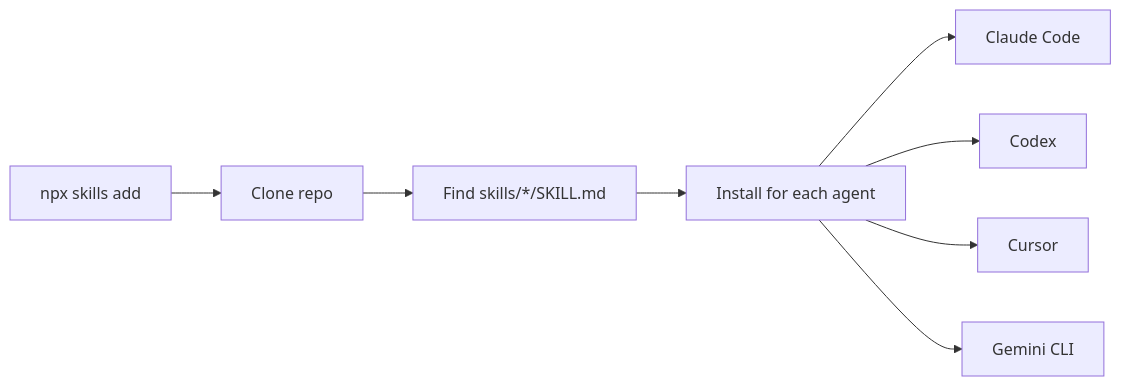
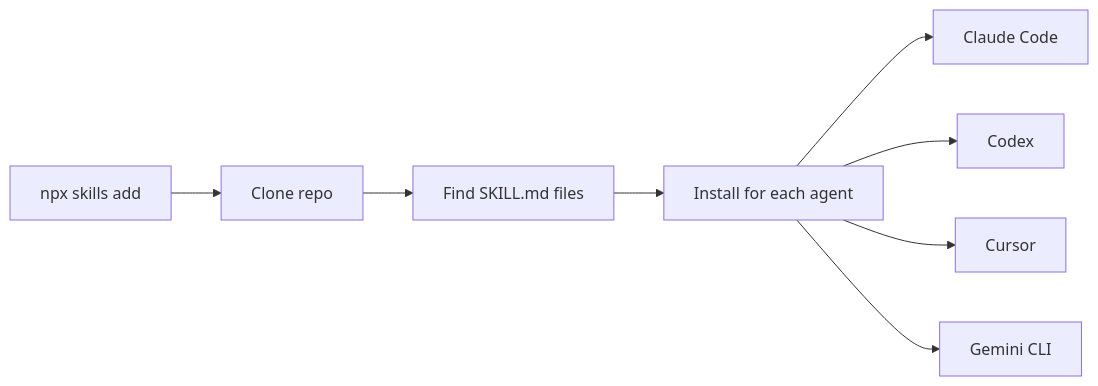
Before and after one commit to koravut-Dev/Publish_Skill: the diagram in README.md, drawn with Mermaid. The commit also changed other lines of this file and 1 other file, not shown here.

Commit message:
Fix mermaid labels and full-width lone skill card

````diff
--- a/README.md
+++ b/README.md
@@ -88,10 +87,10 @@
 ```mermaid
 flowchart LR
-    A["npx skills add"] --> B["Clone repo"]
-    B --> C["Find skills/*/SKILL.md"]
-    C --> D["Install for each agent"]
-    D --> E["Claude Code"]
-    D --> F["Codex"]
-    D --> G["Cursor"]
-    D --> H["Gemini CLI"]
+    A[npx skills add] --> B[Clone repo]
+    B --> C[Find SKILL.md files]
+    C --> D[Install for each agent]
+    D --> E[Claude Code]
+    D --> F[Codex]
+    D --> G[Cursor]
+    D --> H[Gemini CLI]
 ```
````
